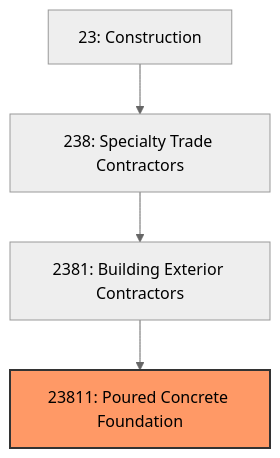
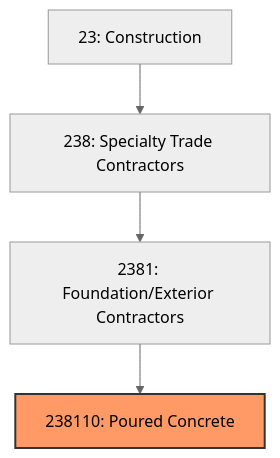
One commit to kziemski/business.org.ai changed the first of 3 diagrams in industries/Construction/SpecialtyTradeContractors/BuildingExteriorContractors/PouredConcreteFoundation.mdx. Above: the diagram before and after it, drawn with Mermaid (neutral theme). The commit also changed other lines of this file and 20 other files, not shown here.

````diff
--- a/industries/Construction/SpecialtyTradeContractors/BuildingExteriorContractors/PouredConcreteFoundation.mdx
+++ b/industries/Construction/SpecialtyTradeContractors/BuildingExteriorContractors/PouredConcreteFoundation.mdx
@@ -20,8 +36,8 @@
 ```mermaid
 graph TD
     S23["23: Construction"]
     S23 --> N238["238: Specialty Trade Contractors"]
-    N238 --> N2381["2381: Building Exterior Contractors"]
-    N2381 --> N23811["23811: Poured Concrete Foundation"]
-    style N23811 fill:#f96,stroke:#333,stroke-width:2px
+    N238 --> N2381["2381: Foundation/Exterior Contractors"]
+    N2381 --> N238110["238110: Poured Concrete"]
+    style N238110 fill:#f96,stroke:#333,stroke-width:2px
 ```
````
